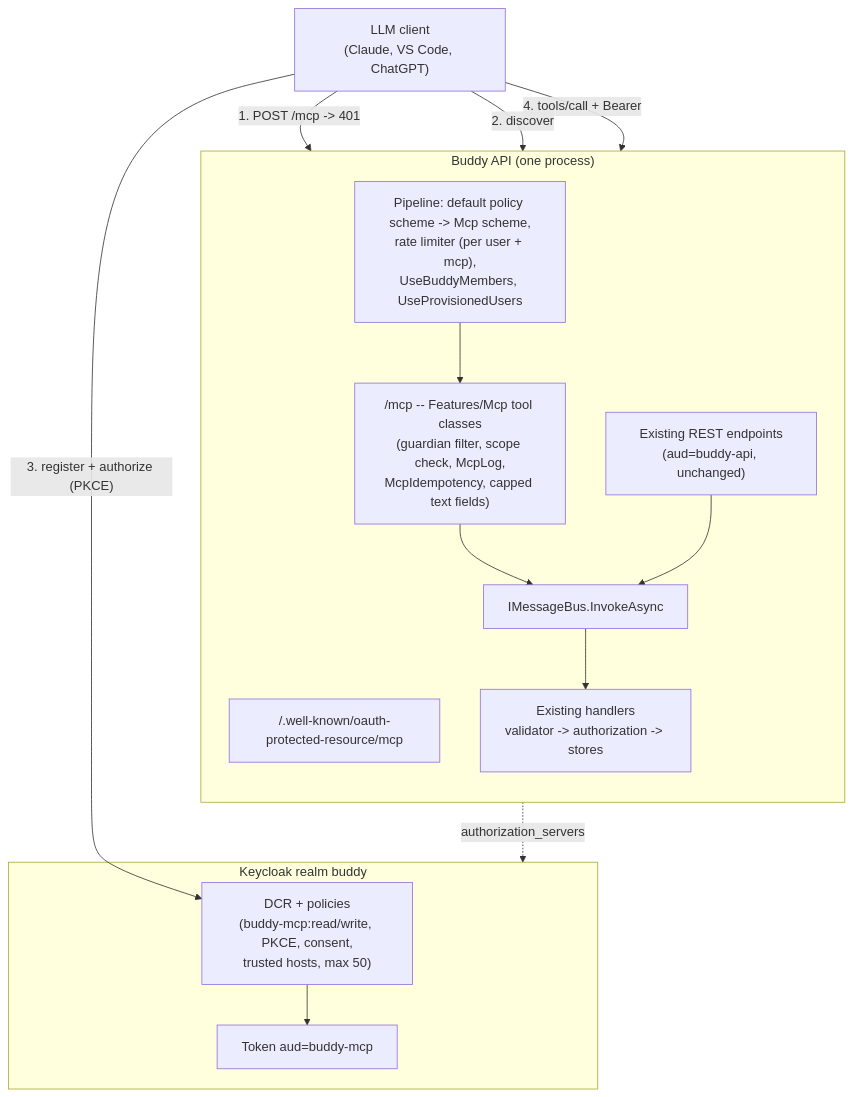
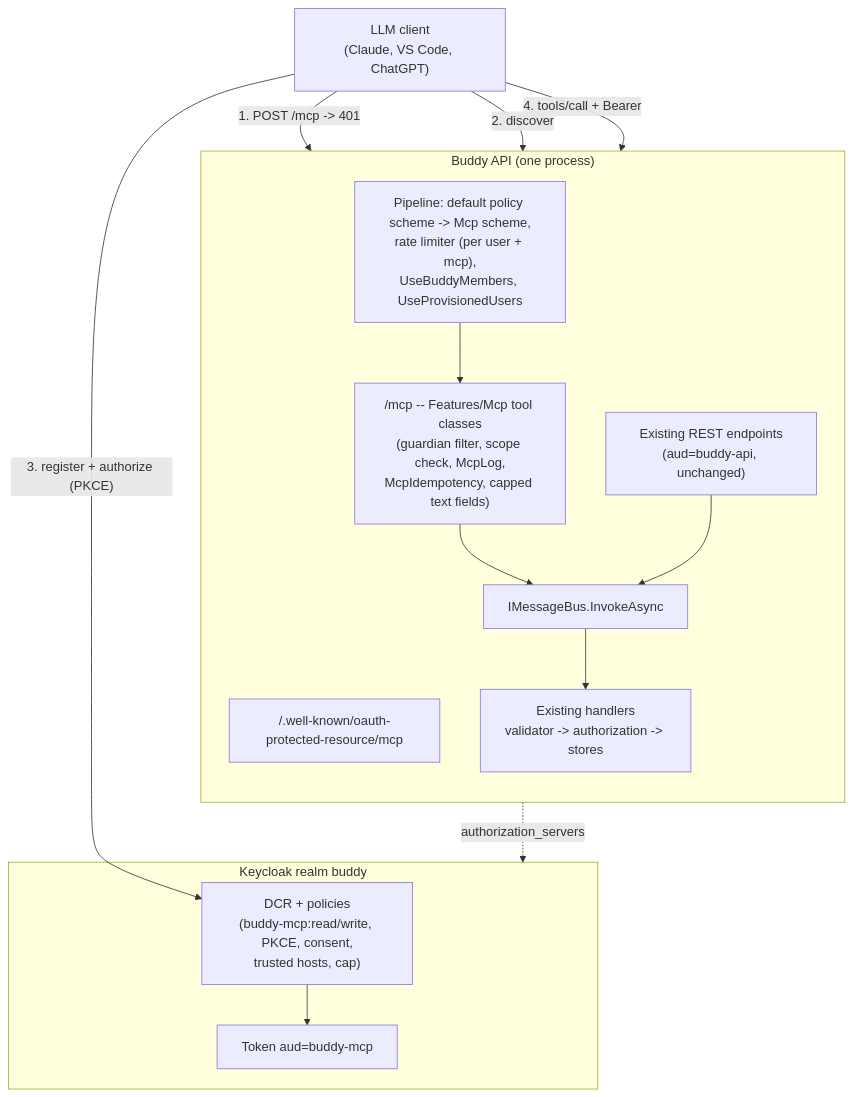
Before and after one commit to kimipsen/buddy: the diagram in docs/backend/analysis/mcp-server.md, drawn with Mermaid. The commit also changed other lines of this file, not shown here.

First line of the commit message:
docs(analysis): second review round on the MCP server analysis [skip-docs]

````diff
--- a/docs/backend/analysis/mcp-server.md
+++ b/docs/backend/analysis/mcp-server.md
@@ -716,25 +789,25 @@
 ```mermaid
 flowchart TB
     Client["LLM client\n(Claude, VS Code, ChatGPT)"]
     subgraph KC["Keycloak realm buddy"]
-        DCR["DCR + policies\n(buddy-mcp:read/write, PKCE, consent,\ntrusted hosts, max 50)"]
+        DCR["DCR + policies\n(buddy-mcp:read/write, PKCE, consent,\ntrusted hosts, cap)"]
         Token["Token aud=buddy-mcp"]
     end
     subgraph Api["Buddy API (one process)"]
         direction TB
         PRM["/.well-known/oauth-protected-resource/mcp"]
         Pipeline["Pipeline: default policy scheme -> Mcp scheme,\nrate limiter (per user + mcp),\nUseBuddyMembers, UseProvisionedUsers"]
         Mcp["/mcp -- Features/Mcp tool classes\n(guardian filter, scope check, McpLog,\nMcpIdempotency, capped text fields)"]
         Bus["IMessageBus.InvokeAsync"]
         Handlers["Existing handlers\nvalidator -> authorization -> stores"]
         Rest["Existing REST endpoints\n(aud=buddy-api, unchanged)"]
     end
     Client -- "1. POST /mcp -> 401" --> Pipeline
     Client -- "2. discover" --> PRM
     PRM -. "authorization_servers" .-> KC
     Client -- "3. register + authorize (PKCE)" --> DCR
     DCR --> Token
     Client -- "4. tools/call + Bearer" --> Pipeline
     Pipeline --> Mcp --> Bus --> Handlers
     Rest --> Bus
 ```
````
